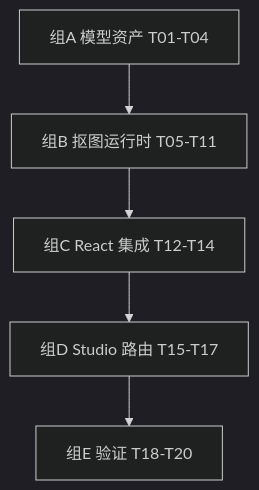
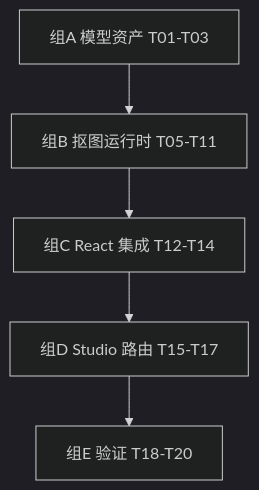
One commit to aapw01/id-photo-tool changed the diagram in docs/tasks/M2.md. Above: the diagram before and after it, drawn with Mermaid (dark theme). The commit also changed other lines of this file and 8 other files, not shown here.

````diff
--- a/docs/tasks/M2.md
+++ b/docs/tasks/M2.md
@@ -45,13 +45,13 @@
 ```mermaid
 flowchart TB
-  GA[组A 模型资产 T01-T04]
+  GA[组A 模型资产 T01-T03]
   GB[组B 抠图运行时 T05-T11]
   GC[组C React 集成 T12-T14]
   GD[组D Studio 路由 T15-T17]
   GE[组E 验证 T18-T20]
 
   GA --> GB
   GB --> GC
   GC --> GD
   GD --> GE
 ```
````
